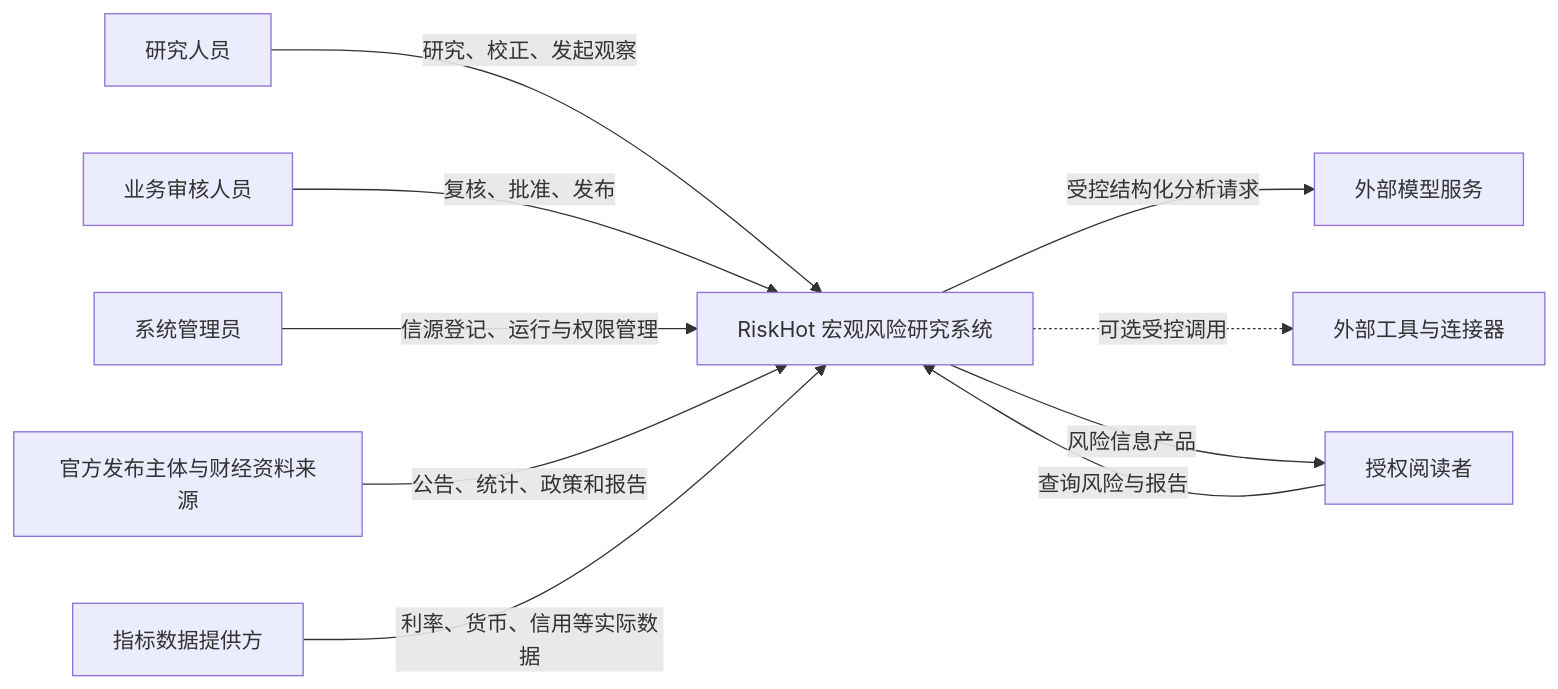
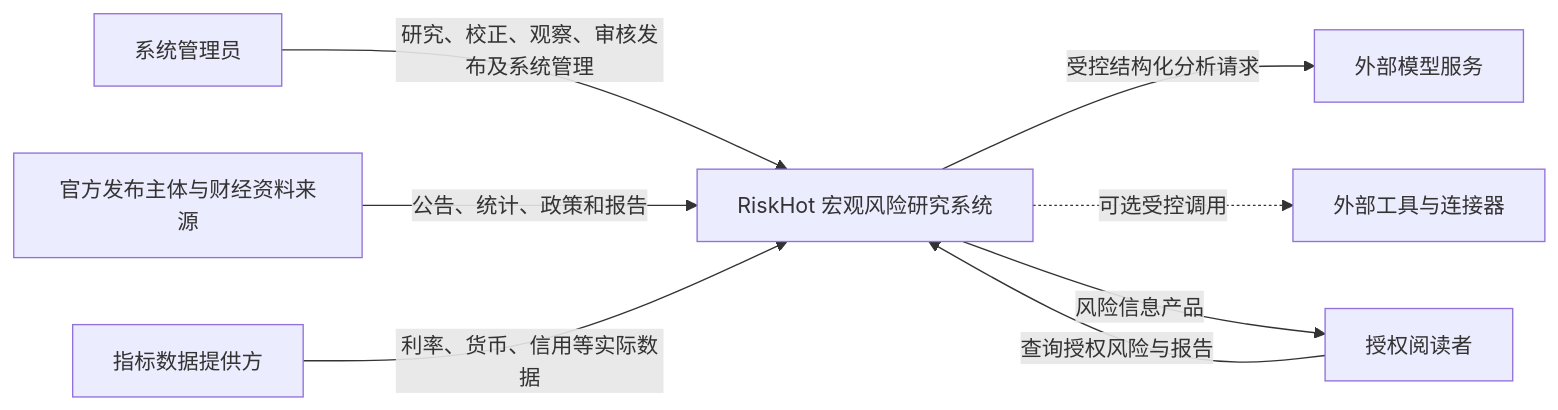
The first of 18 diagrams in tools/RiskHot/docs/system-design/03-系统功能架构/系统功能架构总览.md (caojingwen1996/obsidian_kb), drawn with Mermaid before and after one commit. The commit also changed other lines of this file and 947 other files, not shown here.

Commit message:
同步 RiskHot 原型、红利回测与自动化资料更新

````diff
--- a/tools/RiskHot/docs/system-design/03-系统功能架构/系统功能架构总览.md
+++ b/tools/RiskHot/docs/system-design/03-系统功能架构/系统功能架构总览.md
@@ -92,14 +92,12 @@
 ```mermaid
 flowchart LR
-    RESEARCH[研究人员] -->|研究、校正、发起观察| RH[RiskHot 宏观风险研究系统]
-    REVIEW[业务审核人员] -->|复核、批准、发布| RH
-    READER[授权阅读者] -->|查询风险与报告| RH
-    ADMIN[系统管理员] -->|信源登记、运行与权限管理| RH
+    ADMIN[系统管理员] -->|研究、校正、观察、审核发布及系统管理| RH[RiskHot 宏观风险研究系统]
+    READER[授权阅读者] -->|查询授权风险与报告| RH
 
     PUBLISHER[官方发布主体与财经资料来源] -->|公告、统计、政策和报告| RH
     DATA[指标数据提供方] -->|利率、货币、信用等实际数据| RH
     RH -->|受控结构化分析请求| LLM[外部模型服务]
     RH -.->|可选受控调用| TOOL[外部工具与连接器]
 
     RH -->|风险信息产品| READER
 ```
````
